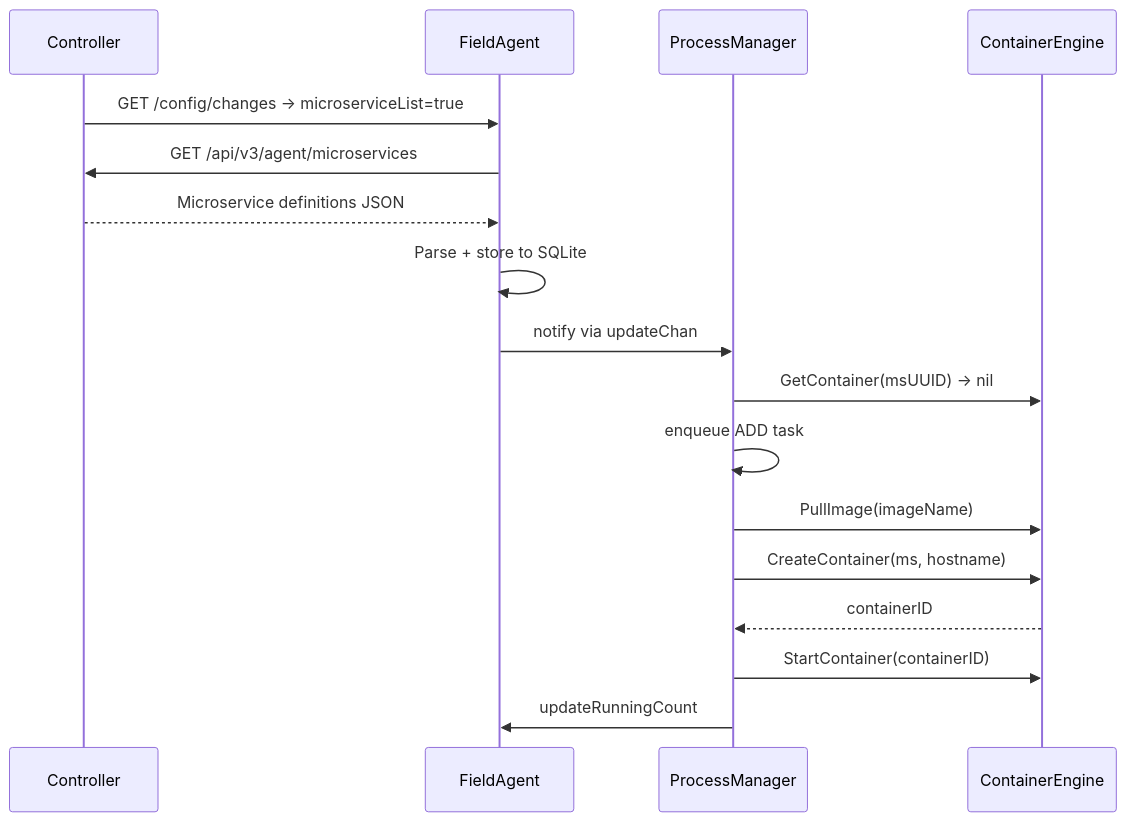
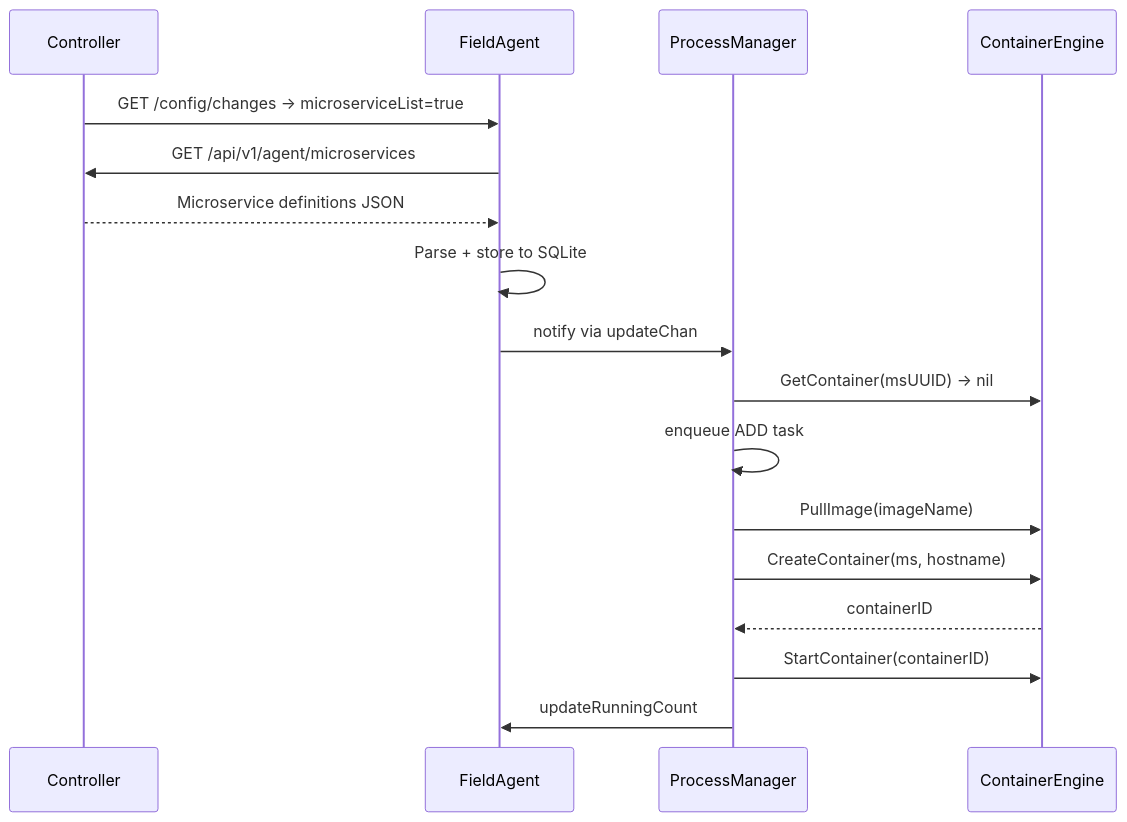
Before and after one commit to Datasance/edgelet: the second of 2 diagrams in docs/architecture.md, drawn with Mermaid. The commit also changed other lines of this file and 57 other files, not shown here.

````diff
--- a/docs/architecture.md
+++ b/docs/architecture.md
@@ -299,20 +299,20 @@
 ```mermaid
 sequenceDiagram
     participant Controller
     participant FieldAgent
     participant ProcessManager
     participant ContainerEngine
 
     Controller->>FieldAgent: GET /config/changes → microserviceList=true
-    FieldAgent->>Controller: GET /api/v3/agent/microservices
+    FieldAgent->>Controller: GET /api/v1/agent/microservices
     Controller-->>FieldAgent: Microservice definitions JSON
     FieldAgent->>FieldAgent: Parse + store to SQLite
     FieldAgent->>ProcessManager: notify via updateChan
     ProcessManager->>ContainerEngine: GetContainer(msUUID) → nil
     ProcessManager->>ProcessManager: enqueue ADD task
     ProcessManager->>ContainerEngine: PullImage(imageName)
     ProcessManager->>ContainerEngine: CreateContainer(ms, hostname)
     ContainerEngine-->>ProcessManager: containerID
     ProcessManager->>ContainerEngine: StartContainer(containerID)
     ProcessManager->>FieldAgent: updateRunningCount
 ```
````
